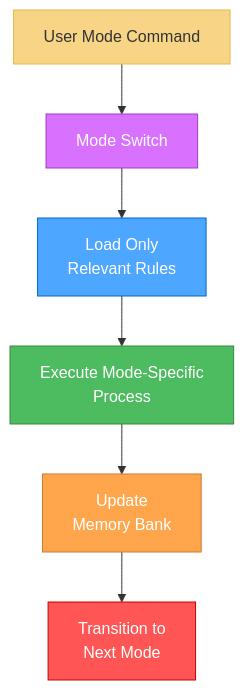
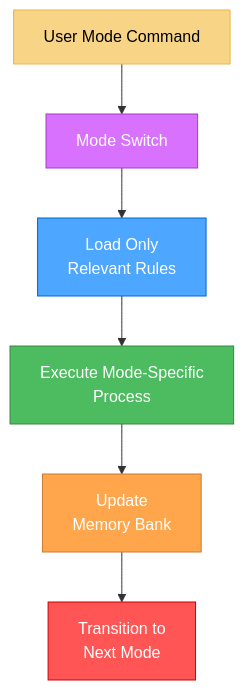
Before and after one commit to ac484/ng-ac: the second of 11 diagrams in memory_bank_upgrade_guide.md, drawn with Mermaid. The commit also changed other lines of this file and 18 other files, not shown here.

````diff
--- a/memory_bank_upgrade_guide.md
+++ b/memory_bank_upgrade_guide.md
@@ -36,15 +36,15 @@
 ```mermaid
 graph TD
     Command["User Mode Command"] --> ModeSwitch["Mode Switch"]
     ModeSwitch --> LoadRules["Load Only<br>Relevant Rules"]
     LoadRules --> ExecuteProcess["Execute Mode-Specific<br>Process"]
     ExecuteProcess --> UpdateMemory["Update<br>Memory Bank"]
     UpdateMemory --> NextMode["Transition to<br>Next Mode"]
     
-    style Command fill:#f8d486,stroke:#e8b84d
+    style Command fill:#f8d486,stroke:#e8b84d,color:black
     style ModeSwitch fill:#d971ff,stroke:#a33bc2,color:white
     style LoadRules fill:#4da6ff,stroke:#0066cc,color:white
     style ExecuteProcess fill:#4dbb5f,stroke:#36873f,color:white
     style UpdateMemory fill:#ffa64d,stroke:#cc7a30,color:white
     style NextMode fill:#ff5555,stroke:#cc0000,color:white
 ```
````
